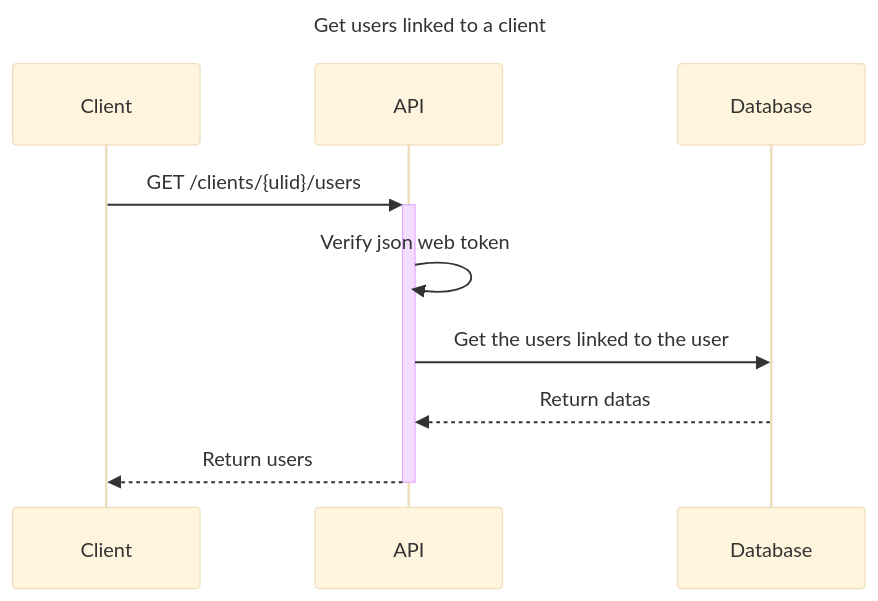
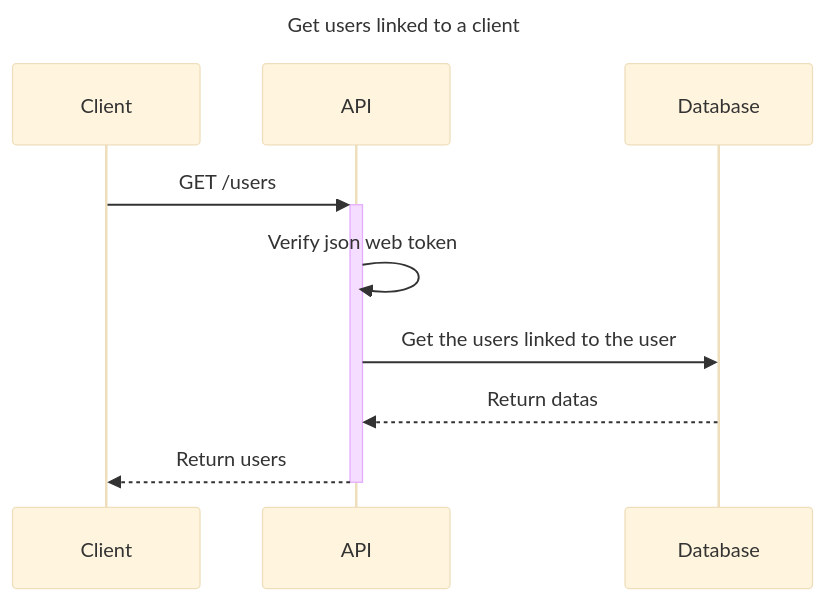
One commit to acecconato/AnthonyCecconato_7_12052023 changed the diagram in docs/sequence/get_users.md. Above: the diagram before and after it, drawn with Mermaid (base theme). The commit also changed 3 other files, not shown here.

````diff
--- a/docs/sequence/get_users.md
+++ b/docs/sequence/get_users.md
@@ -1,13 +1,13 @@
 ```mermaid
 sequenceDiagram
 title Get users linked to a client
 
-Client->>+API: GET /clients/{ulid}/users
+Client->>+API: GET /users
 
 API->>API: Verify json web token
 
 API->>Database: Get the users linked to the user
 Database-->>API: Return datas
 
 API-->>-Client: Return users
 ```
````
